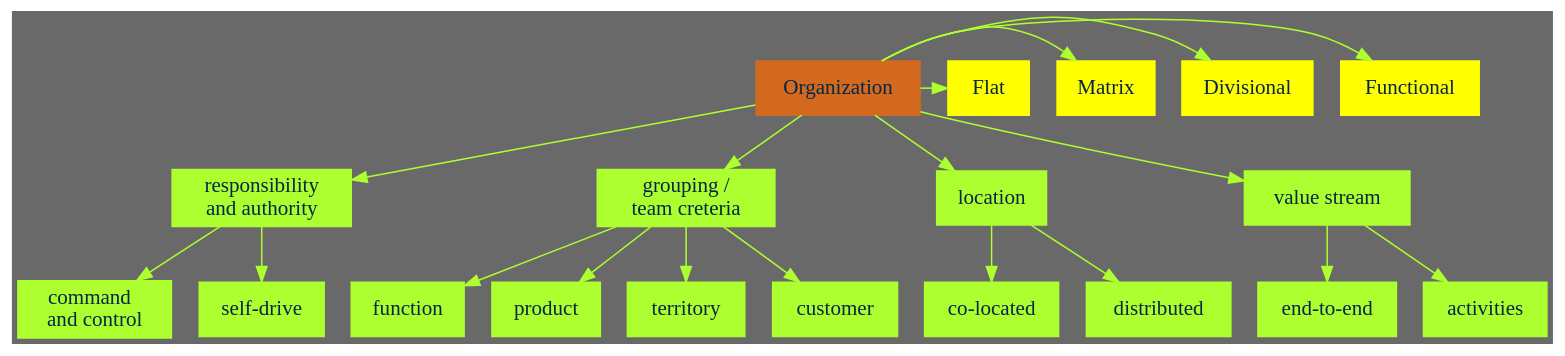
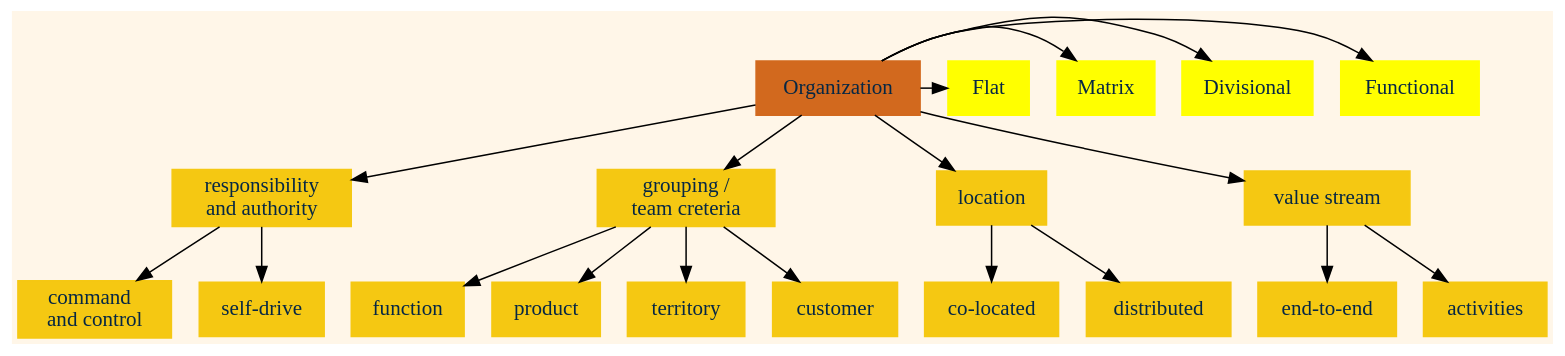
Before and after one commit to EnProxima/Experience: the diagram in 02. Service Management/Images/ITIL_org_structure.gv, drawn with Graphviz. The commit also changed 8 other files, not shown here.

```diff
--- a/02. Service Management/Images/ITIL_org_structure.gv
+++ b/02. Service Management/Images/ITIL_org_structure.gv
@@ -1,30 +1,30 @@
 digraph G {
 
-bgcolor=dimgray
-node[shape=box,style=filled,color=greenyellow fontcolor="#062744"]
-edge[color=greenyellow,fontcolor=aliceblue]
+bgcolor="#FFF6E8"
+node[shape=box,style=filled,color="#F5C812" fontcolor="#062744"]
+edge[color=black,fontcolor=aliceblue]
 
 Organization [color=chocolate]
 Functional, Divisional,Matrix, Flat  [color=yellow]
 Organization ->{Functional, Divisional,Matrix, Flat respauthor}
 
 { rank=same; Functional, Divisional,Matrix, Flat Organization  };
 grouping[label="grouping / \n team creteria"]
 location [label="location"]
 co_located[label="co-located"]
 Organization ->{grouping  location valuestream}
 
 grouping->{function product territory customer }
 
 location ->{distributed co_located}
 
 valuestream[label="value stream"]
 end_to_end[label="end-to-end"]
 respauthor [label="responsibility \n and authority"]
 comcontr[label="command  \n and control"]
 selfdrive[label="self-drive"]
 valuestream ->{activities end_to_end}
 respauthor->{comcontr selfdrive}
 
 
 }
```
